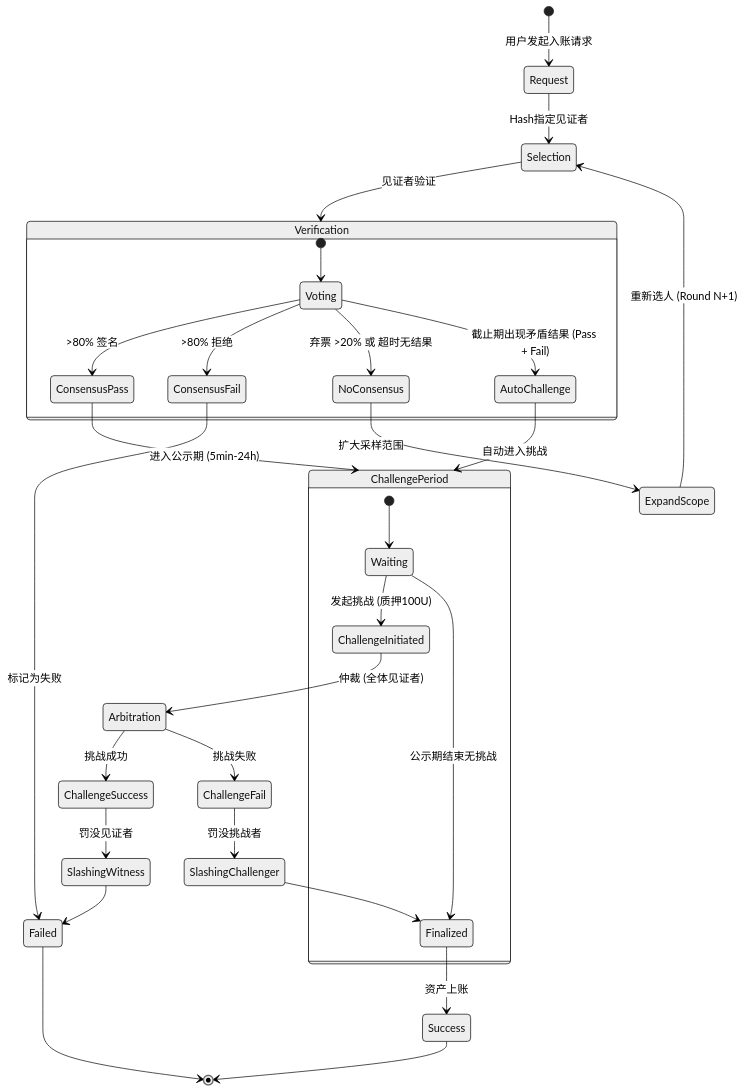
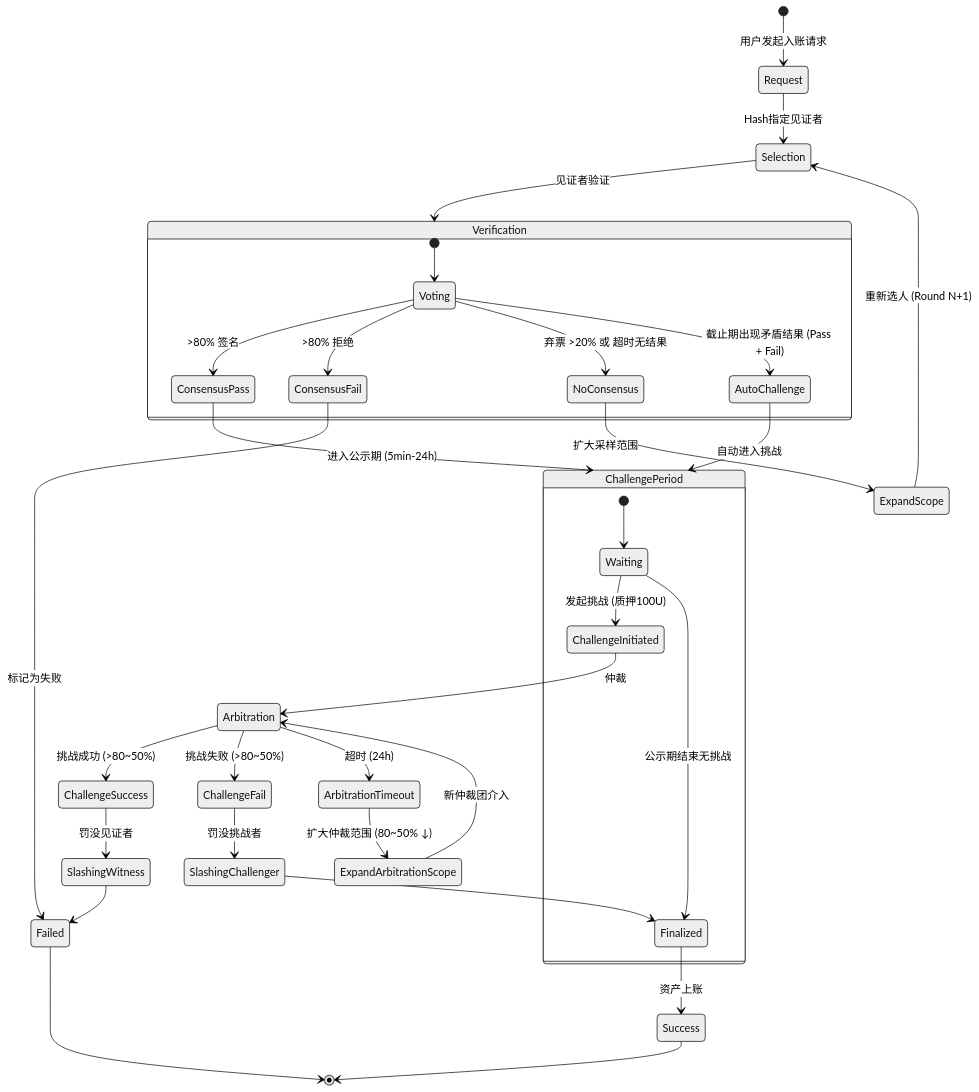
The diagram in witness/witness_design.md (davidLeeeeeeeeeeee/dex), drawn with Mermaid (neutral theme) before and after one commit. The commit also changed other lines of this file and 2 other files, not shown here.

````diff
--- a/witness/witness_design.md
+++ b/witness/witness_design.md
@@ -27,43 +27,47 @@
 ```mermaid
 stateDiagram-v2
     [*] --> Request: 用户发起入账请求
     Request --> Selection: Hash指定见证者
     Selection --> Verification: 见证者验证
 
     state Verification {
         [*] --> Voting
         Voting --> ConsensusPass: >80% 签名
         Voting --> ConsensusFail: >80% 拒绝
         Voting --> NoConsensus: 弃票 >20% 或 超时无结果
         Voting --> AutoChallenge: 截止期出现矛盾结果 (Pass + Fail)
     }
 
     AutoChallenge --> ChallengePeriod: 自动进入挑战
 
     ConsensusFail --> Failed: 标记为失败
     Failed --> [*]
 
     NoConsensus --> ExpandScope: 扩大采样范围
     ExpandScope --> Selection:重新选人 (Round N+1)
 
     ConsensusPass --> ChallengePeriod: 进入公示期 (5min-24h)
 
     state ChallengePeriod {
         [*] --> Waiting
         Waiting --> ChallengeInitiated: 发起挑战 (质押100U)
         Waiting --> Finalized: 公示期结束无挑战
     }
 
-    ChallengeInitiated --> Arbitration: 仲裁 (全体见证者)
+    ChallengeInitiated --> Arbitration: 仲裁 
     
-    Arbitration --> ChallengeSuccess: 挑战成功
+    Arbitration --> ChallengeSuccess: 挑战成功 (>80~50%)
     ChallengeSuccess --> SlashingWitness: 罚没见证者
     SlashingWitness --> Failed
 
-    Arbitration --> ChallengeFail: 挑战失败
+    Arbitration --> ChallengeFail: 挑战失败 (>80~50%)
     ChallengeFail --> SlashingChallenger: 罚没挑战者
     SlashingChallenger --> Finalized
+
+    Arbitration --> ArbitrationTimeout: 超时 (24h)
+    ArbitrationTimeout --> ExpandArbitrationScope: 扩大仲裁范围 (80~50% ↓)
+    ExpandArbitrationScope --> Arbitration: 新仲裁团介入
 
     Finalized --> Success: 资产上账
     Success --> [*]
 ```
````
